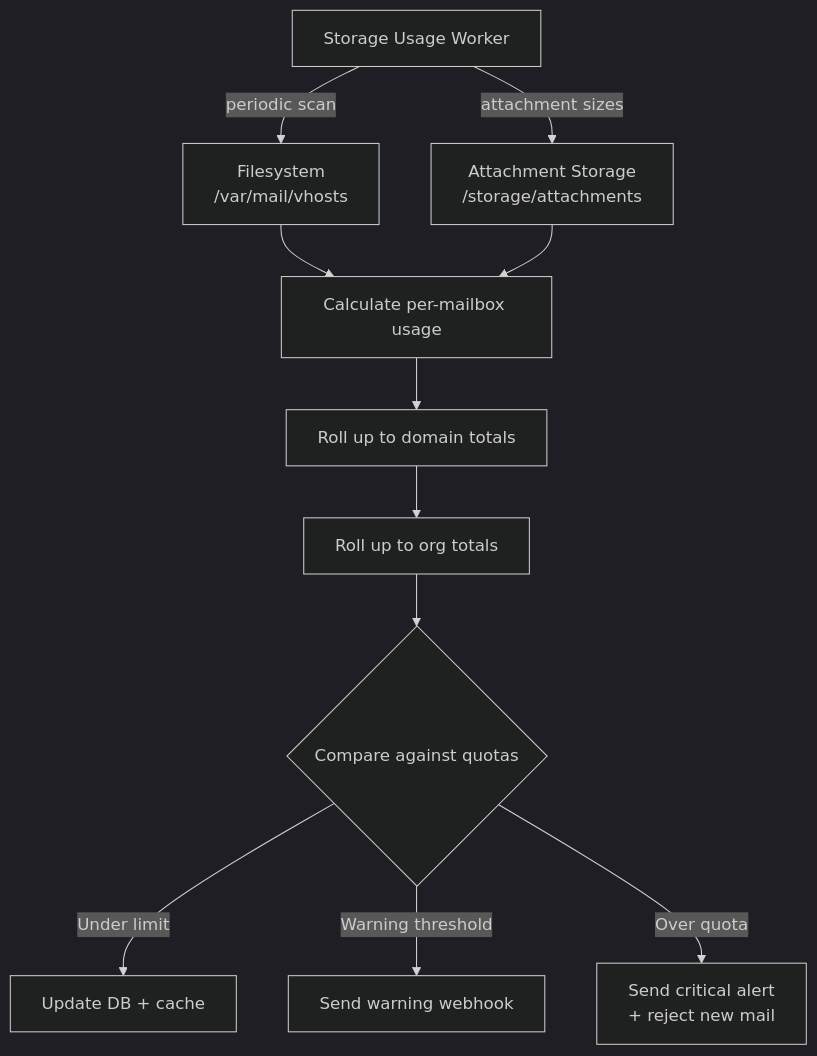
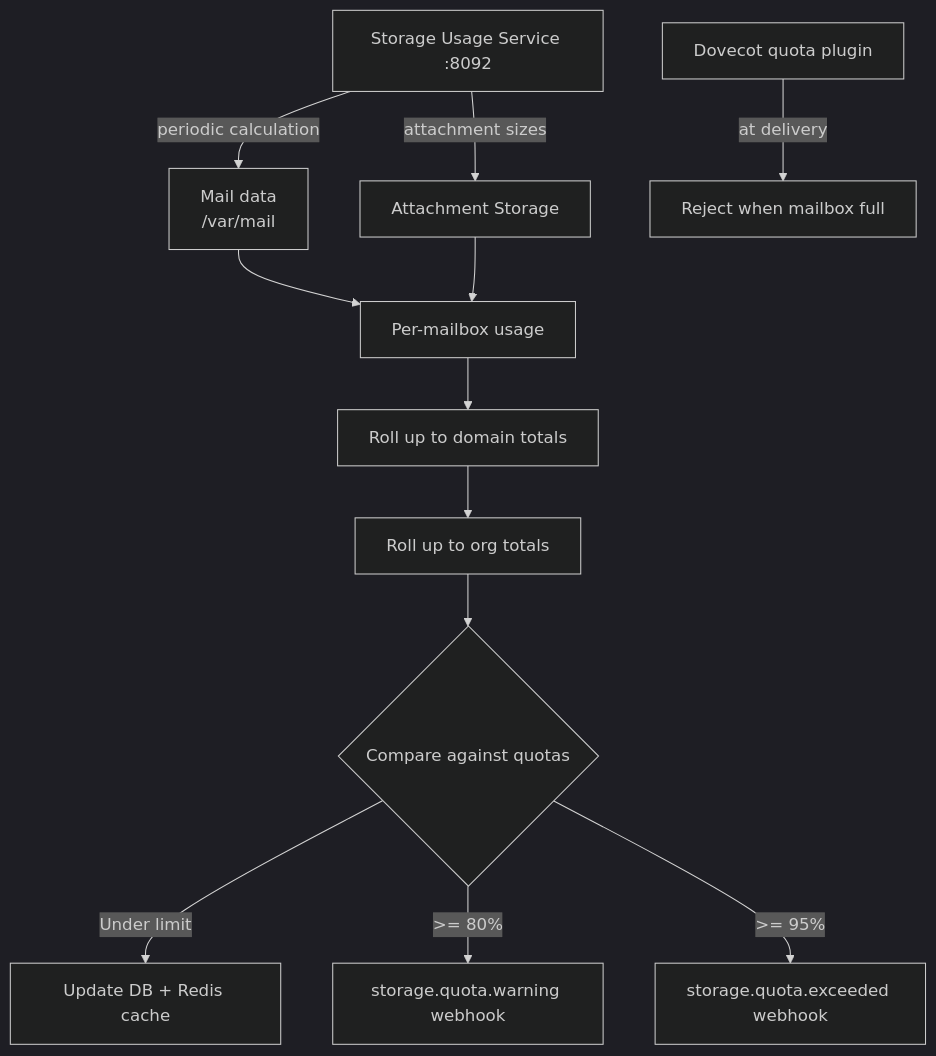
Before and after one commit to Techies-Africa/mailyte-mail-server-community: the diagram in docs/features/storage-quotas.md, drawn with Mermaid (dark theme). The commit also changed other lines of this file and 481 other files, not shown here.

````diff
--- a/docs/features/storage-quotas.md
+++ b/docs/features/storage-quotas.md
@@ -12,13 +9,14 @@
 ```mermaid
 flowchart TD
-    A[Storage Usage Worker] -->|periodic scan| B[Filesystem\n/var/mail/vhosts]
-    A -->|attachment sizes| C[Attachment Storage\n/storage/attachments]
-    B --> D[Calculate per-mailbox usage]
+    A[Storage Usage Service :8092] -->|periodic calculation| B[Mail data\n/var/mail]
+    A -->|attachment sizes| C[Attachment Storage]
+    B --> D[Per-mailbox usage]
     C --> D
     D --> E[Roll up to domain totals]
     E --> F[Roll up to org totals]
     F --> G{Compare against quotas}
-    G -->|Under limit| H[Update DB + cache]
-    G -->|Warning threshold| I[Send warning webhook]
-    G -->|Over quota| J[Send critical alert\n+ reject new mail]
+    G -->|Under limit| H[Update DB + Redis cache]
+    G -->|>= 80%| I[storage.quota.warning webhook]
+    G -->|>= 95%| J[storage.quota.exceeded webhook]
+    K[Dovecot quota plugin] -->|at delivery| L[Reject when mailbox full]
 ```
````
